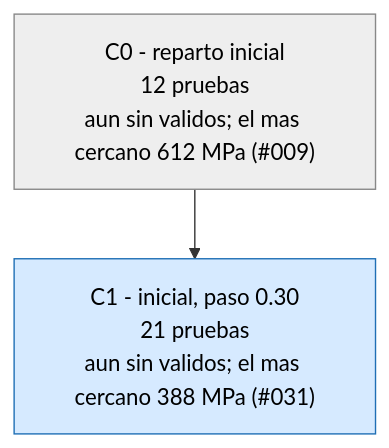
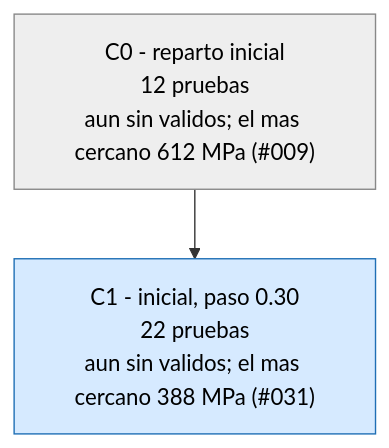
Before and after one commit to Hugiko/msd-soporte-optimizacion: the third of 3 diagrams in runs/opt_37800N/ARBOL.md, drawn with Mermaid. The commit also changed 34 other files, not shown here.

````diff
--- a/runs/opt_37800N/ARBOL.md
+++ b/runs/opt_37800N/ARBOL.md
@@ -37,9 +37,9 @@
 ```mermaid
 graph TD
 classDef activa fill:#d6eaff,stroke:#1f6fb5,color:#000
 classDef fin fill:#eeeeee,stroke:#888,color:#000
 classDef mejor fill:#c8f0c0,stroke:#1a9850,stroke-width:4px,color:#000
 C0["C0 - reparto inicial<br/>12 pruebas<br/>aun sin validos; el mas cercano 612 MPa (#009)"]:::fin
-C1["C1 - inicial, paso 0.30<br/>21 pruebas<br/>aun sin validos; el mas cercano 388 MPa (#031)"]:::activa
+C1["C1 - inicial, paso 0.30<br/>22 pruebas<br/>aun sin validos; el mas cercano 388 MPa (#031)"]:::activa
 C0 --> C1
 ```
````
